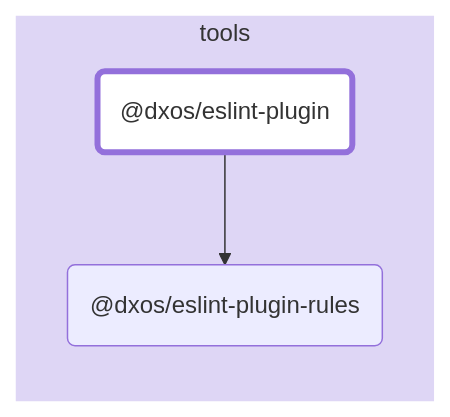
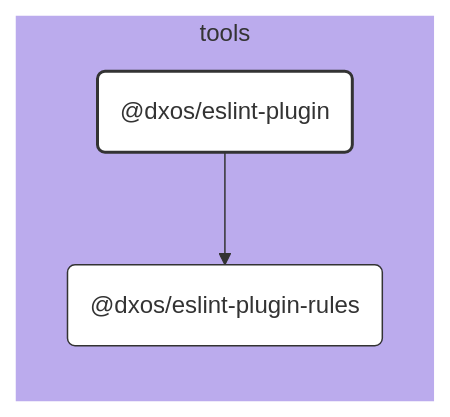
Before and after one commit to dxos/dxos: the diagram in tools/eslint-plugin/docs/README.md, drawn with Mermaid. The commit also changed 100 other files, not shown here.

````diff
--- a/tools/eslint-plugin/docs/README.md
+++ b/tools/eslint-plugin/docs/README.md
@@ -7,15 +7,29 @@
 ```mermaid
-flowchart LR;
+%%{ init: {'flowchart':{'curve':'basis'}} }%%
 
-style dxos/eslint-plugin fill:#fff,stroke-width:4px;
+flowchart LR
 
-click dxos/eslint-plugin-rules "https:/github.com/dxos/dxos/tree/main/tools/eslint-rules/docs";
+%% Links
+dxos/eslint-plugin --> dxos/eslint-plugin-rules;
 
+%% Sections
 subgraph tools
-  style tools fill:#ded6f5,stroke:#fff;
-  dxos/eslint-plugin("@dxos/eslint-plugin");
-  dxos/eslint-plugin-rules("@dxos/eslint-plugin-rules");
+  style tools fill:#bbabed,stroke:#fff;
+
+  dxos/eslint-plugin("@dxos/eslint-plugin")
+  dxos/eslint-plugin-rules("@dxos/eslint-plugin-rules")
 end
 
-dxos/eslint-plugin --> dxos/eslint-plugin-rules;
+
+%% Hyperlinks
+click dxos/eslint-plugin-rules href "https:/github.com/dxos/dxos/tree/main/tools/eslint-rules/docs";
+
+%% Styles
+classDef rootNode fill:#fff,stroke:#333,stroke-width:2px
+classDef defaultNode fill:#fff,stroke:#333,stroke-width:1px
+linkStyle default stroke:#333,stroke-width:1px
+
+dxos/eslint-plugin:::rootNode
+
+dxos/eslint-plugin-rules:::defaultNode
 ```
````
